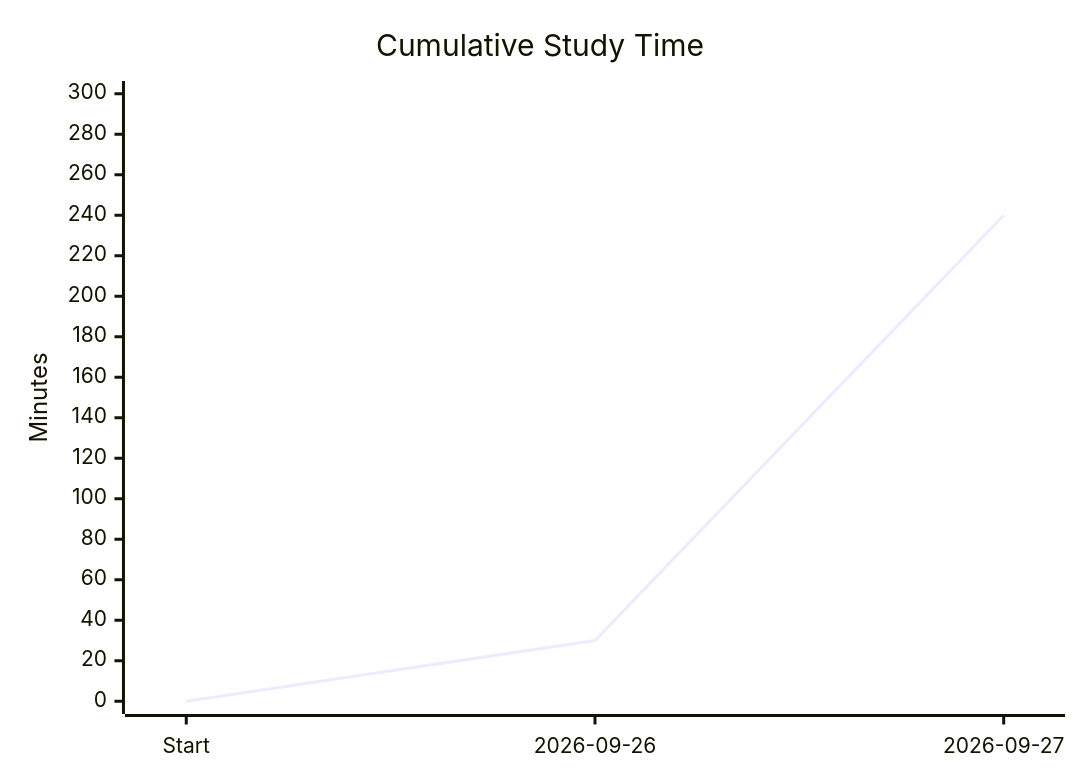
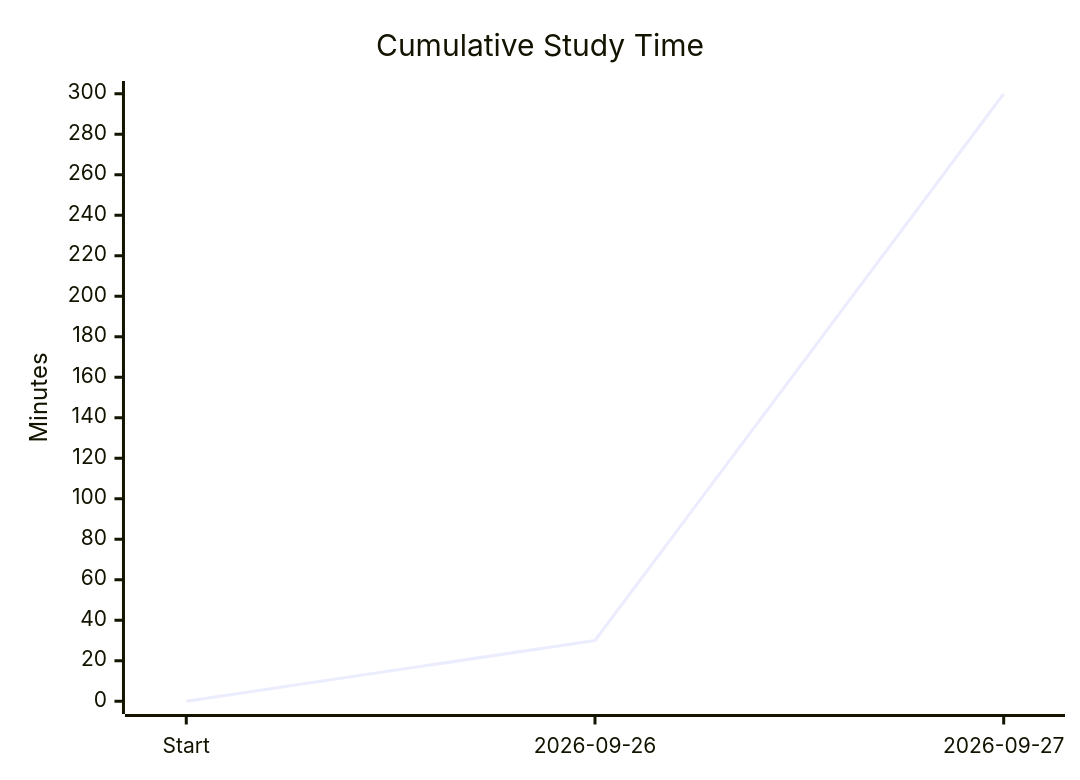
The first of 3 diagrams in learning-system/progress/PROGRESS.md (Muazislam/FullStack-Engineering-Education), drawn with Mermaid before and after one commit. The commit also changed other lines of this file and 608 other files, not shown here.

````diff
--- a/learning-system/progress/PROGRESS.md
+++ b/learning-system/progress/PROGRESS.md
@@ -72,7 +72,7 @@
 ```mermaid
 xychart-beta
   title "Cumulative Study Time"
   x-axis ["Start", "2026-09-26", "2026-09-27"]
   y-axis "Minutes" 0 --> 300
-  line [0, 30, 240]
+  line [0, 30, 300]
 ```
````
